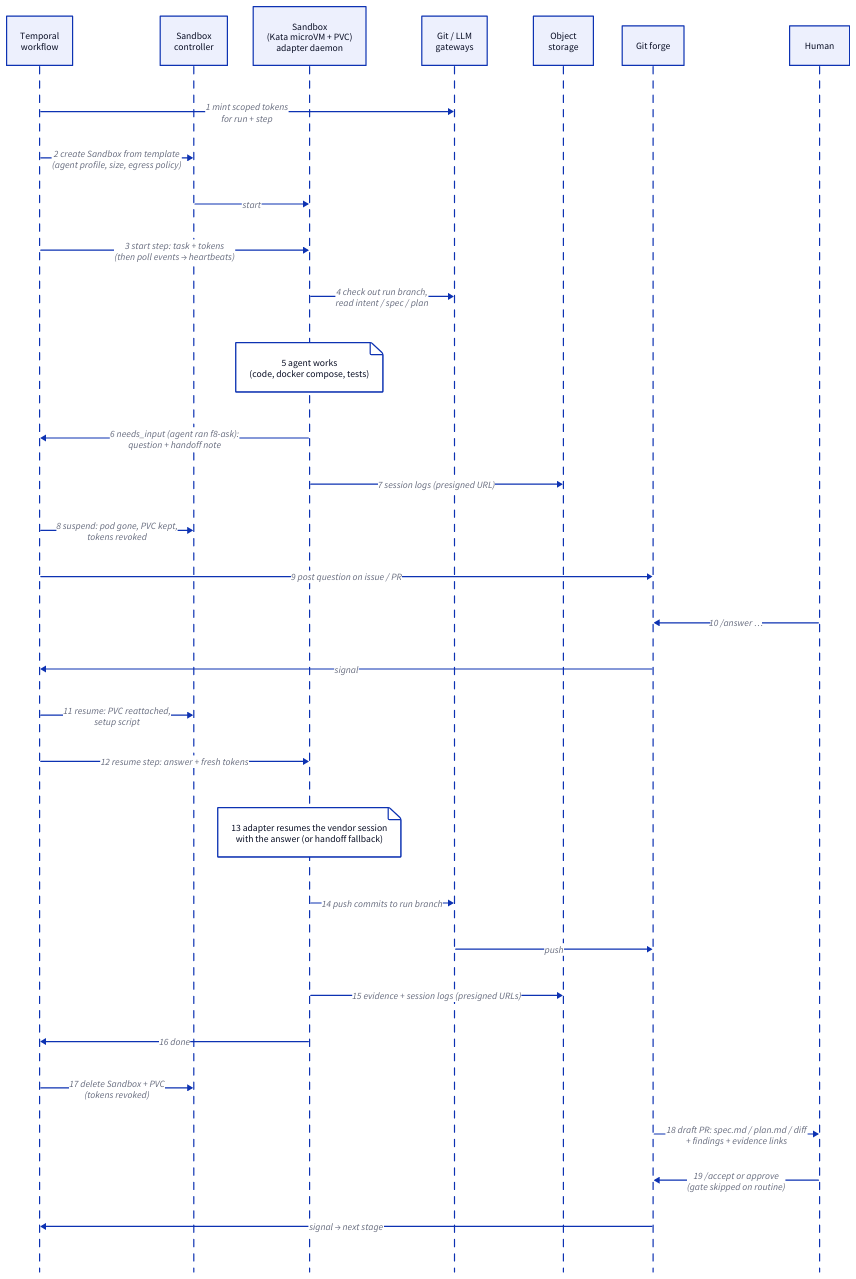
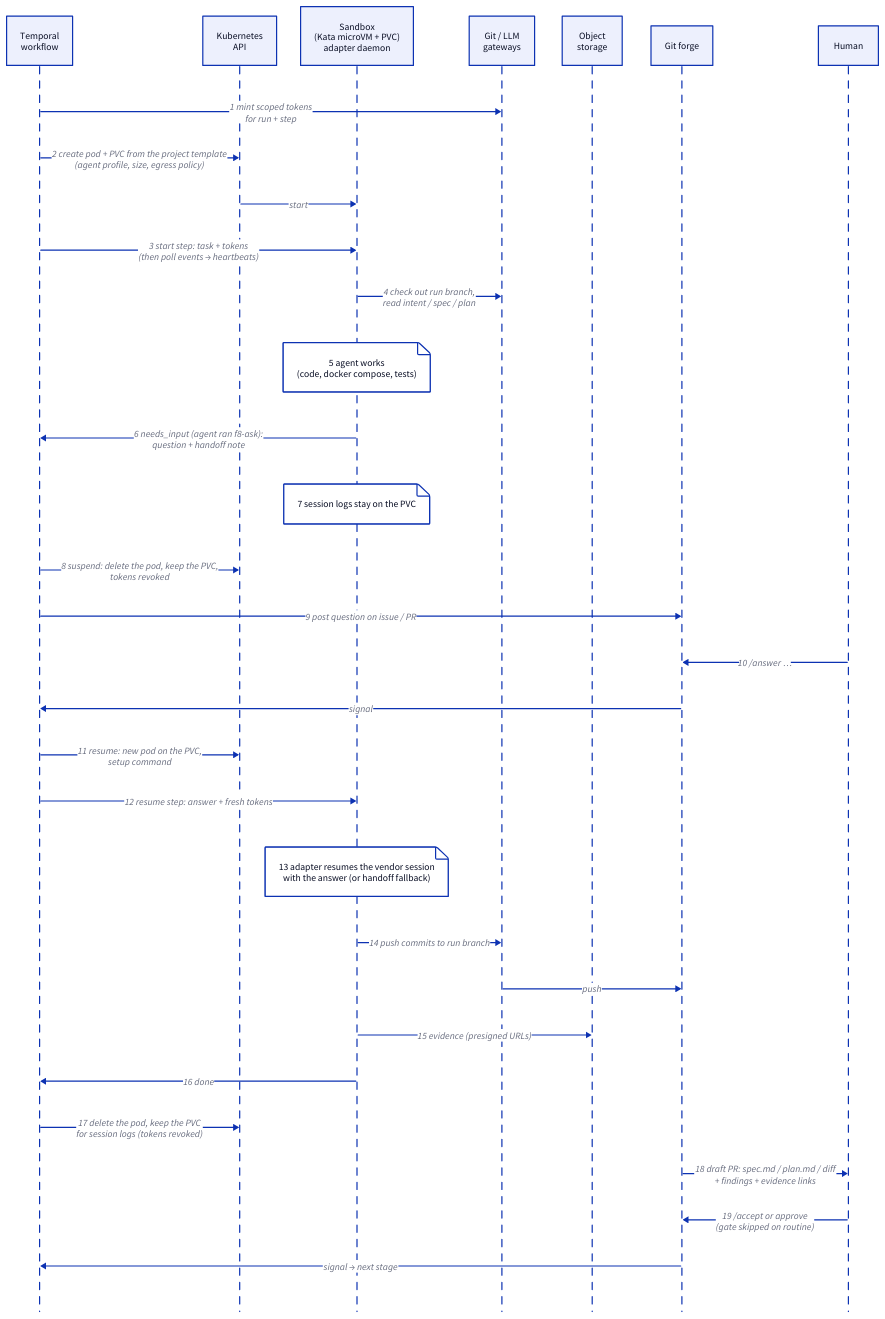
Before and after one commit to factory8/factory8: the diagram in docs/site/run.d2, drawn with D2. The commit also changed 55 other files, not shown here.

```diff
--- a/docs/site/run.d2
+++ b/docs/site/run.d2
@@ -1,32 +1,32 @@
 shape: sequence_diagram
 w: "Temporal\nworkflow"
-c: "Sandbox\ncontroller"
+c: "Kubernetes\nAPI"
 s: "Sandbox\n(Kata microVM + PVC)\nadapter daemon"
 g: "Git / LLM\ngateways"
 o: "Object\nstorage"
 f: "Git forge"
 h: "Human"
 
 w -> g: "1 mint scoped tokens\nfor run + step"
-w -> c: "2 create Sandbox from template\n(agent profile, size, egress policy)"
+w -> c: "2 create pod + PVC from the project template\n(agent profile, size, egress policy)"
 c -> s: start
 w -> s: "3 start step: task + tokens\n(then poll events → heartbeats)"
 s -> g: "4 check out run branch,\nread intent / spec / plan"
 s."5 agent works\n(code, docker compose, tests)"
 s -> w: "6 needs_input (agent ran f8-ask):\nquestion + handoff note"
-s -> o: "7 session logs (presigned URL)"
-w -> c: "8 suspend: pod gone, PVC kept,\ntokens revoked"
+s."7 session logs stay on the PVC"
+w -> c: "8 suspend: delete the pod, keep the PVC,\ntokens revoked"
 w -> f: "9 post question on issue / PR"
 h -> f: "10 /answer …"
 f -> w: signal
-w -> c: "11 resume: PVC reattached,\nsetup script"
+w -> c: "11 resume: new pod on the PVC,\nsetup command"
 w -> s: "12 resume step: answer + fresh tokens"
 s."13 adapter resumes the vendor session\nwith the answer (or handoff fallback)"
 s -> g: "14 push commits to run branch"
 g -> f: push
-s -> o: "15 evidence + session logs (presigned URLs)"
+s -> o: "15 evidence (presigned URLs)"
 s -> w: "16 done"
-w -> c: "17 delete Sandbox + PVC\n(tokens revoked)"
+w -> c: "17 delete the pod, keep the PVC\nfor session logs (tokens revoked)"
 f -> h: "18 draft PR: spec.md / plan.md / diff\n+ findings + evidence links"
 h -> f: "19 /accept or approve\n(gate skipped on routine)"
 f -> w: "signal → next stage"
```
